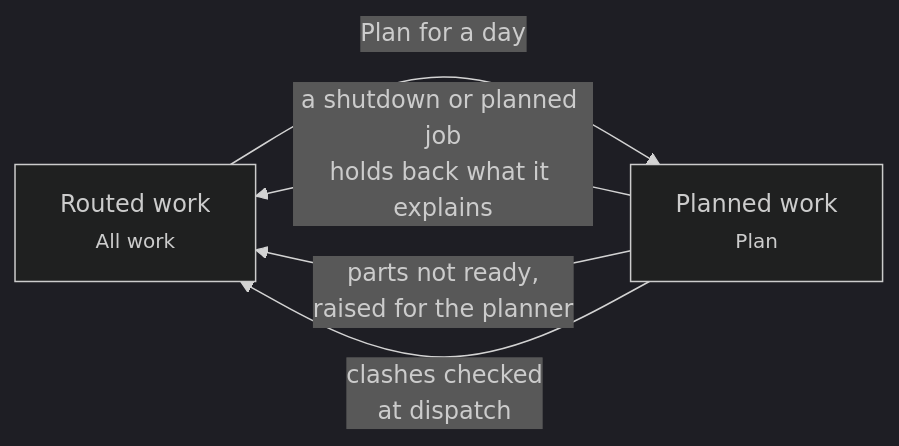
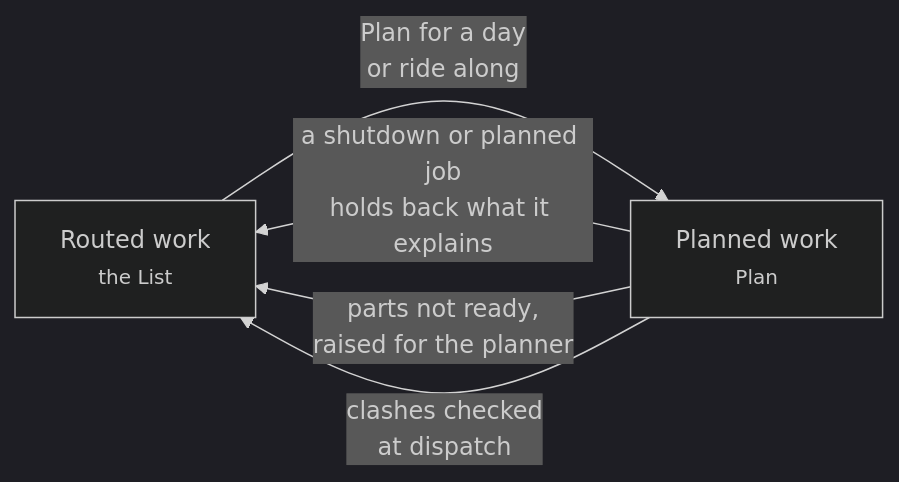
One commit to areed145/fuzer changed the fifth of 5 diagrams in docs/work-routing.md. Above: the diagram before and after it, drawn with Mermaid (dark theme). The commit also changed other lines of this file and 12 other files, not shown here.

First line of the commit message:
Docs: every source of work, and how each is matched, routed, dispatched and closed

````diff
--- a/docs/work-routing.md
+++ b/docs/work-routing.md
@@ -157,7 +242,7 @@
 ```mermaid
 flowchart LR
-  ex["Routed work<br><small>All work</small>"] -->|"Plan for a day"| pl["Planned work<br><small>Plan</small>"]
+  ex["Routed work<br><small>the List</small>"] -->|"Plan for a day<br>or ride along"| pl["Planned work<br><small>Plan</small>"]
   pl -->|"a shutdown or planned job<br>holds back what it explains"| ex
   pl -->|"parts not ready,<br>raised for the planner"| ex
   pl -->|"clashes checked<br>at dispatch"| ex
 ```
````
